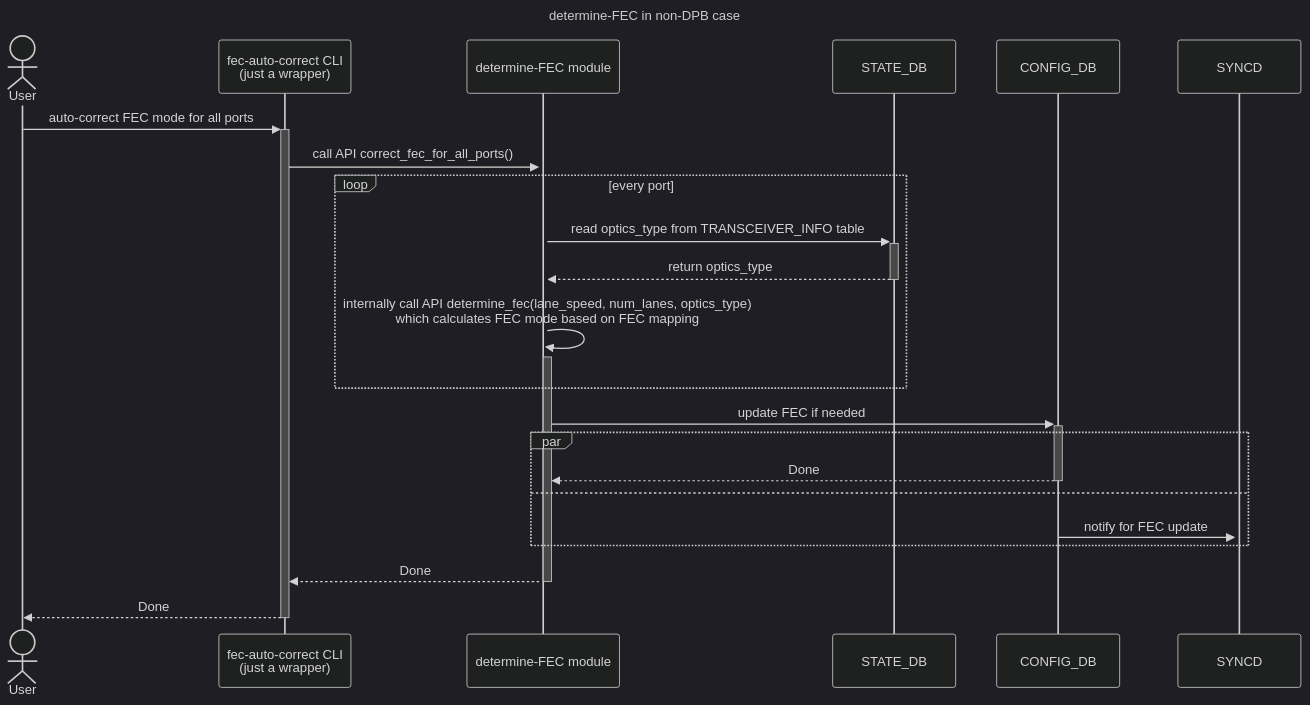
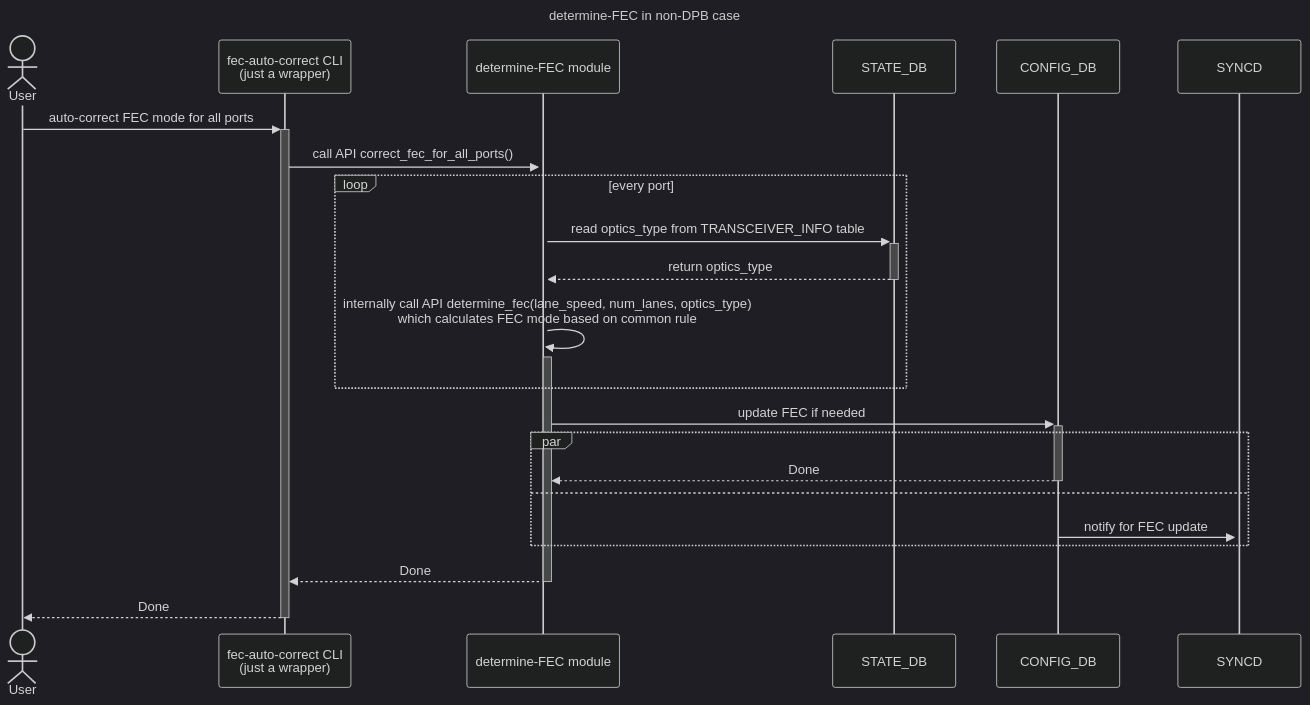
One commit to sonic-net/SONiC changed the second of 2 diagrams in doc/port-fec/fec-auto-determination.md. Above: the diagram before and after it, drawn with Mermaid (dark theme). The commit also changed other lines of this file, not shown here.

````diff
--- a/doc/port-fec/fec-auto-determination.md
+++ b/doc/port-fec/fec-auto-determination.md
@@ -143,32 +143,32 @@
 ```mermaid
 sequenceDiagram
     title determine-FEC in non-DPB case
 
     actor user as User
     participant fec_correct_cli as fec-auto-correct CLI <BR> (just a wrapper)
     participant determine_fec as determine-FEC module
     participant state_db as STATE_DB
     participant config_db as CONFIG_DB
     participant syncd as SYNCD
 
     user ->>+ fec_correct_cli: auto-correct FEC mode for all ports
     fec_correct_cli ->>+ determine_fec: call API correct_fec_for_all_ports()
 
     loop every port
         determine_fec ->>+ state_db: read optics_type from TRANSCEIVER_INFO table
         state_db -->>- determine_fec: return optics_type
-        determine_fec ->>+ determine_fec: internally call API determine_fec(lane_speed, num_lanes, optics_type) <BR> which calculates FEC mode based on FEC mapping
+        determine_fec ->>+ determine_fec: internally call API determine_fec(lane_speed, num_lanes, optics_type) <BR> which calculates FEC mode based on common rule
     end
 
     determine_fec ->>+ config_db: update FEC if needed
 
     par
         config_db -->>- determine_fec: Done
     and
         config_db ->>+ syncd: notify for FEC update
     end
 
     determine_fec -->>- fec_correct_cli: Done
     fec_correct_cli -->>- user: Done
 
 ```
````
